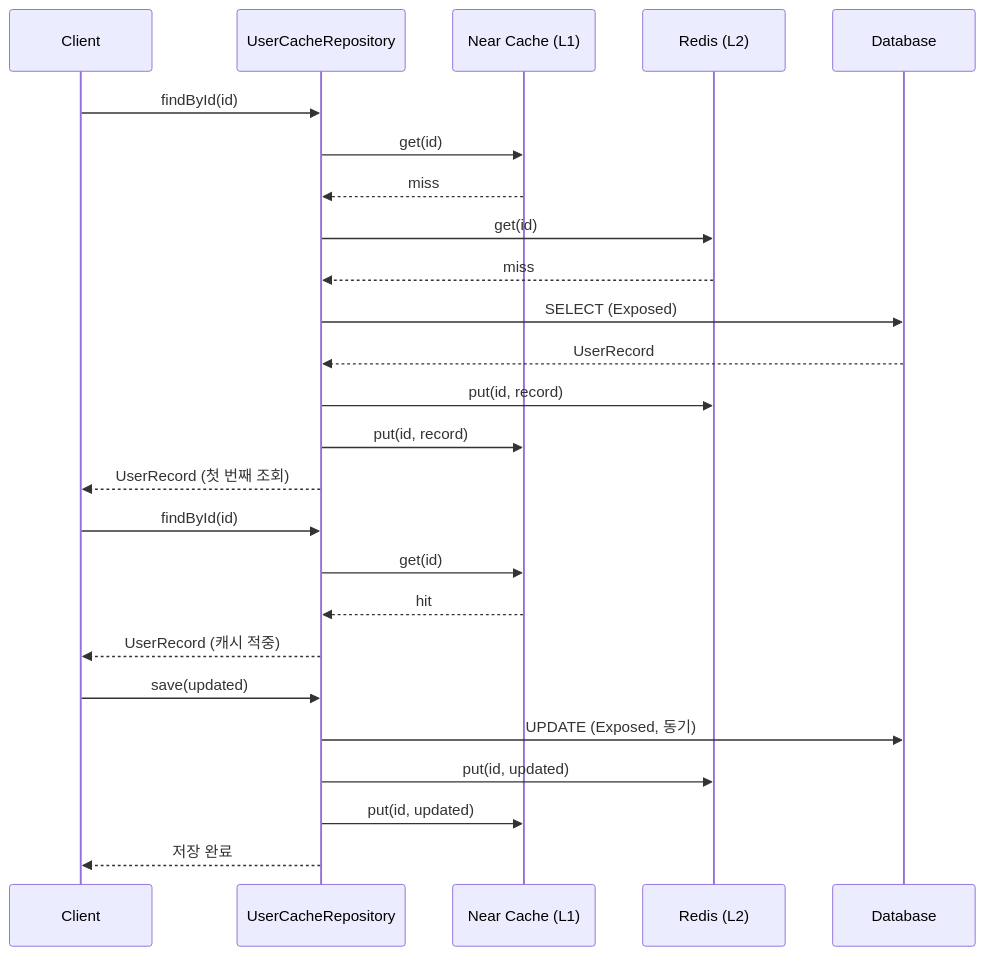
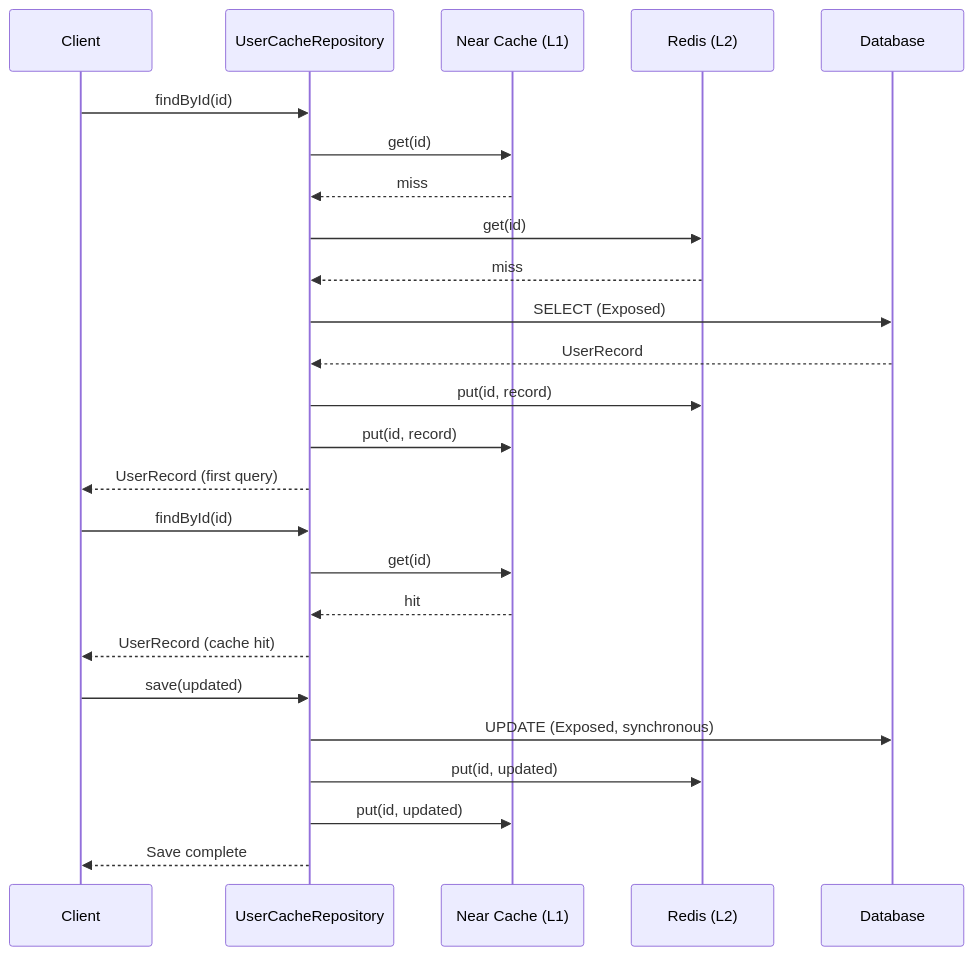
One commit to bluetape4k/exposed-workshop changed the fifth of 5 diagrams in 11-high-performance/01-cache-strategies/README.md. Above: the diagram before and after it, drawn with Mermaid. The commit also changed other lines of this file and 115 other files, not shown here.

````diff
--- a/11-high-performance/01-cache-strategies/README.md
+++ b/11-high-performance/01-cache-strategies/README.md
@@ -205,27 +207,27 @@
 ```mermaid
 sequenceDiagram
     participant C as Client
     participant R as UserCacheRepository
     participant NC as Near Cache (L1)
     participant RD as Redis (L2)
     participant DB as Database
     C ->> R: findById(id)
     R ->> NC: get(id)
     NC -->> R: miss
     R ->> RD: get(id)
     RD -->> R: miss
     R ->> DB: SELECT (Exposed)
     DB -->> R: UserRecord
     R ->> RD: put(id, record)
     R ->> NC: put(id, record)
-    R -->> C: UserRecord (첫 번째 조회)
+    R -->> C: UserRecord (first query)
     C ->> R: findById(id)
     R ->> NC: get(id)
     NC -->> R: hit
-    R -->> C: UserRecord (캐시 적중)
+    R -->> C: UserRecord (cache hit)
     C ->> R: save(updated)
-    R ->> DB: UPDATE (Exposed, 동기)
+    R ->> DB: UPDATE (Exposed, synchronous)
     R ->> RD: put(id, updated)
     R ->> NC: put(id, updated)
-    R -->> C: 저장 완료
+    R -->> C: Save complete
 ```
````
